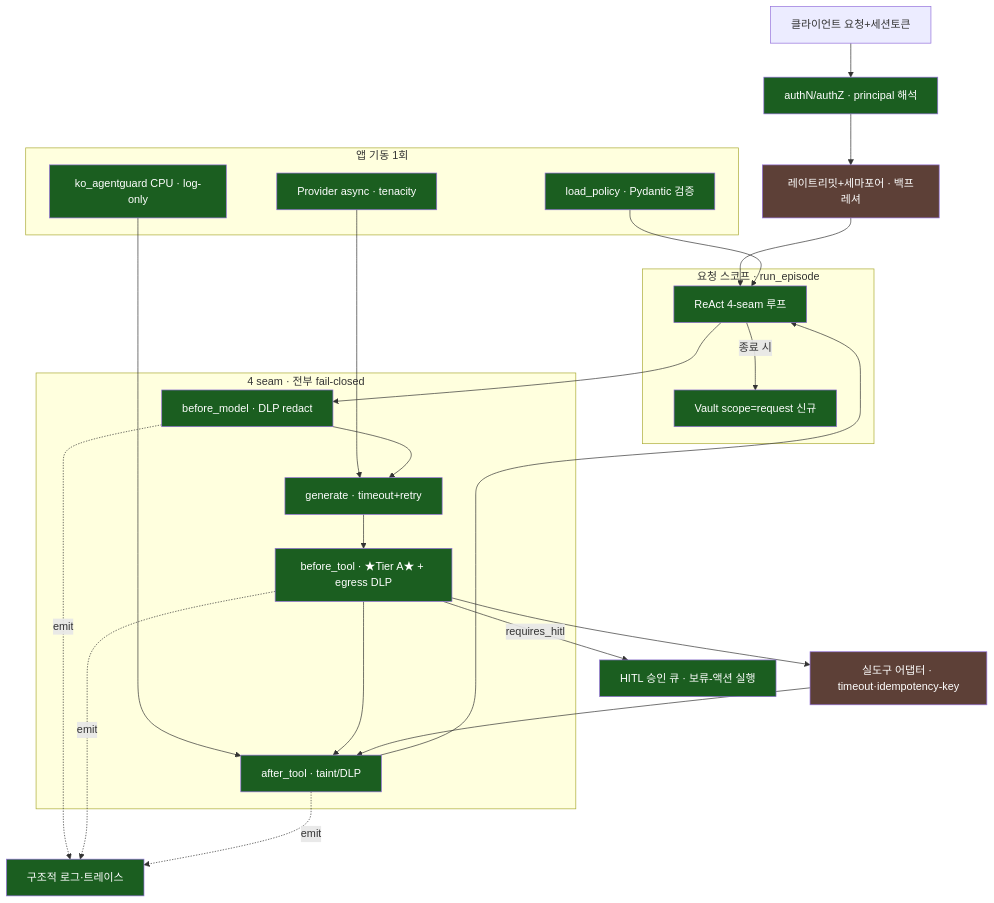
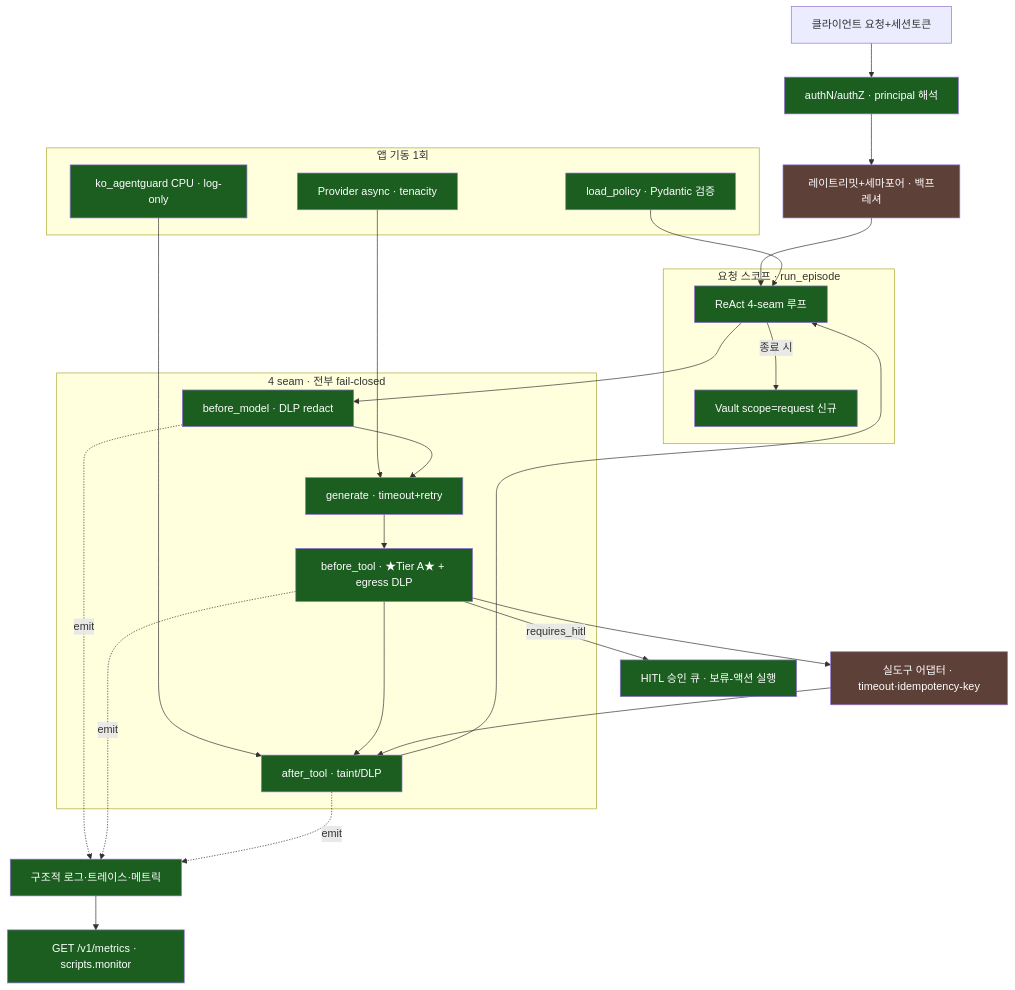
Before and after one commit to seok-hee97/garim-guard: the diagram in docs/PRODUCTION.md, drawn with Mermaid. The commit also changed other lines of this file and 20 other files, not shown here.

````diff
--- a/docs/PRODUCTION.md
+++ b/docs/PRODUCTION.md
@@ -64,37 +64,38 @@
 ```mermaid
 flowchart TB
     U[클라이언트 요청+세션토큰] --> AUTH[authN/authZ · principal 해석]
     AUTH --> RL[레이트리밋+세마포어 · 백프레셔]
     RL --> LOOP
 
     subgraph startup[앱 기동 1회]
       POL[load_policy · Pydantic 검증]
       PRV[Provider async · tenacity]
       RAIL[ko_agentguard CPU · log-only]
     end
     POL --> LOOP
     PRV --> GEN
     RAIL --> AT
 
     subgraph req[요청 스코프 · run_episode]
       VAULT[Vault scope=request 신규]
       LOOP[ReAct 4-seam 루프]
     end
 
     subgraph seams[4 seam · 전부 fail-closed]
       BM[before_model · DLP redact] --> GEN[generate · timeout+retry]
       GEN --> BT[before_tool · ★Tier A★ + egress DLP]
       BT --> AT[after_tool · taint/DLP]
     end
     LOOP --> BM
     BT -->|requires_hitl| HITL[HITL 승인 큐 · 보류-액션 실행]
     BT --> TOOL[실도구 어댑터 · timeout·idempotency-key]
     TOOL --> AT --> LOOP
     LOOP -->|종료 시| VAULT
-    BM & BT & AT -.emit.-> OBS[구조적 로그·트레이스]
+    BM & BT & AT -.emit.-> OBS[구조적 로그·트레이스·메트릭]
+    OBS --> MET[GET /v1/metrics · scripts.monitor]
 
     classDef done fill:#1b5e20,color:#fff
     classDef todo fill:#5d4037,color:#fff
-    class BM,GEN,BT,AT,VAULT,LOOP,PRV,POL,RAIL,AUTH,HITL,OBS done
+    class BM,GEN,BT,AT,VAULT,LOOP,PRV,POL,RAIL,AUTH,HITL,OBS,MET done
     class RL,TOOL todo
 ```
````
